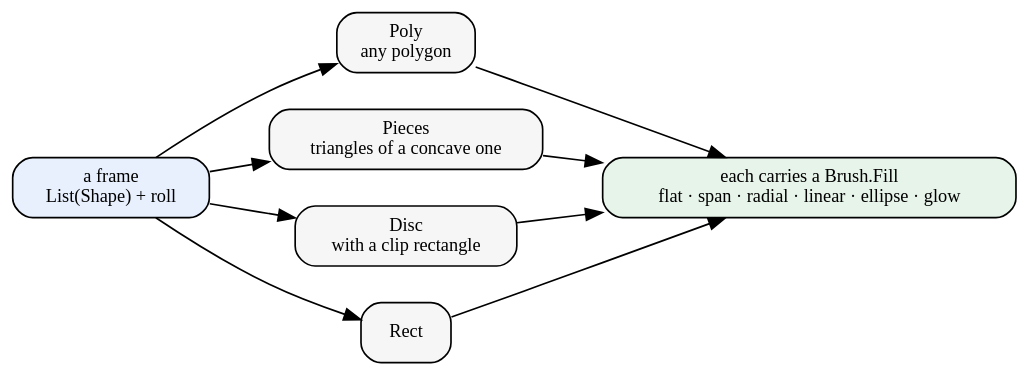
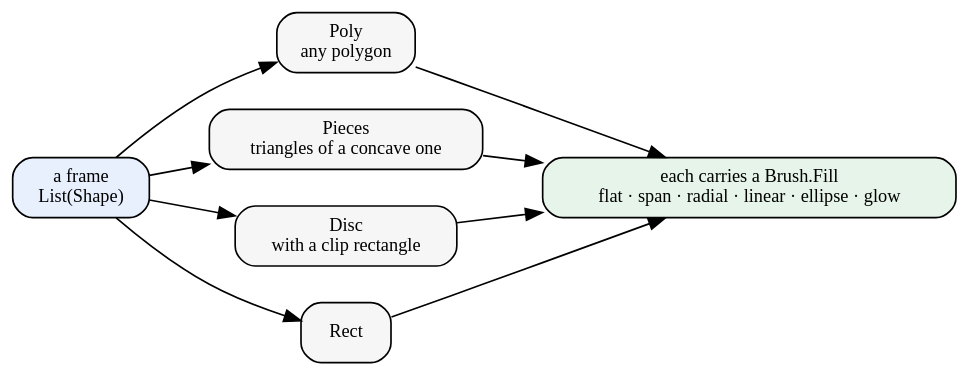
The first of 4 diagrams in notes/four-movies-one-seam.md (showell/essay-repl-server), drawn with Graphviz before and after one commit. The commit also changed other lines of this file, not shown here.

First line of the commit message:
notes: WasmApp is the wasm edge written once, and roll left the frame

````diff
--- a/notes/four-movies-one-seam.md
+++ b/notes/four-movies-one-seam.md
@@ -68,17 +69,17 @@
 ```dot
 digraph shapes {
   rankdir=LR; bgcolor="transparent"; nodesep=0.3;
   node [shape=box, style="rounded,filled", fillcolor="#f6f6f6", color="#999", fontsize=11];
   edge [color="#666", fontsize=9];
 
-  f [label="a frame\nList(Shape) + roll", fillcolor="#e8f0fe"];
+  f [label="a frame\nList(Shape)", fillcolor="#e8f0fe"];
   p [label="Poly\nany polygon"];
   t [label="Pieces\ntriangles of a concave one"];
   d [label="Disc\nwith a clip rectangle"];
   r [label="Rect"];
   b [label="each carries a Brush.Fill\nflat · span · radial · linear · ellipse · glow", fillcolor="#e6f4ea"];
 
   f -> p; f -> t; f -> d; f -> r;
   p -> b; t -> b; d -> b; r -> b;
 }
 ```
````
